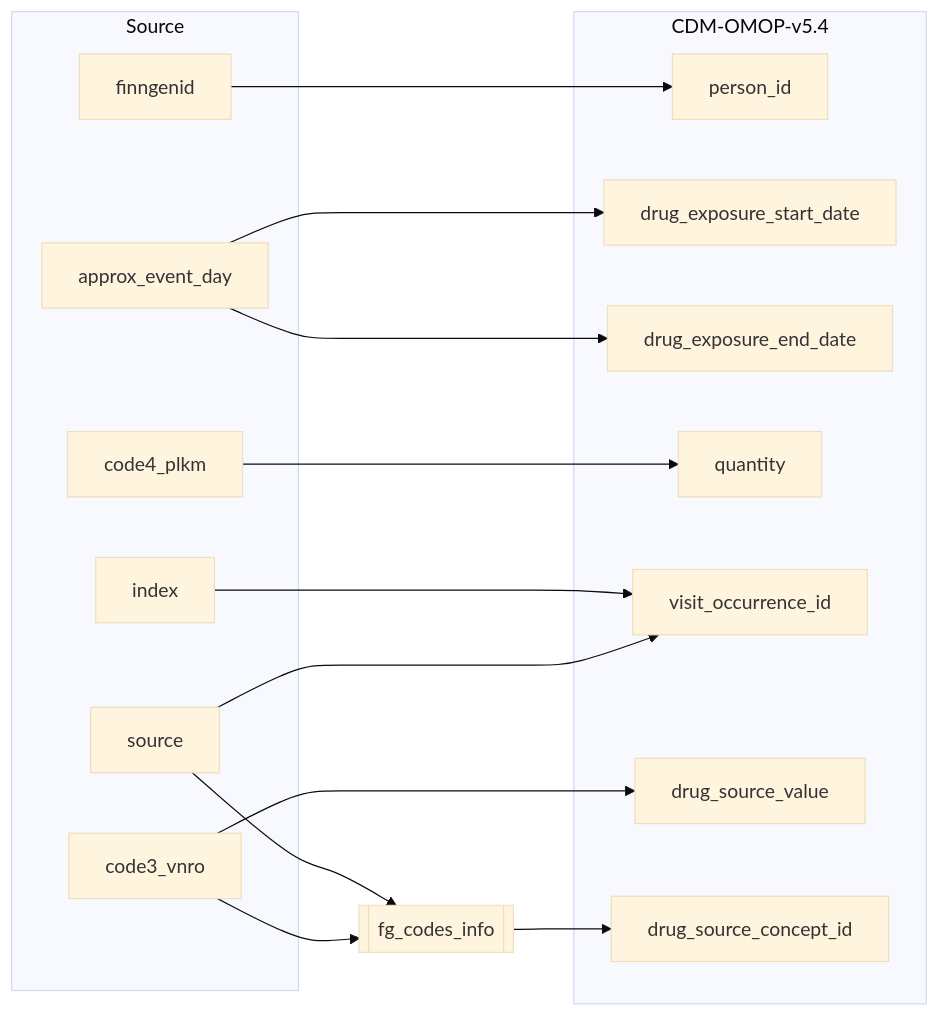
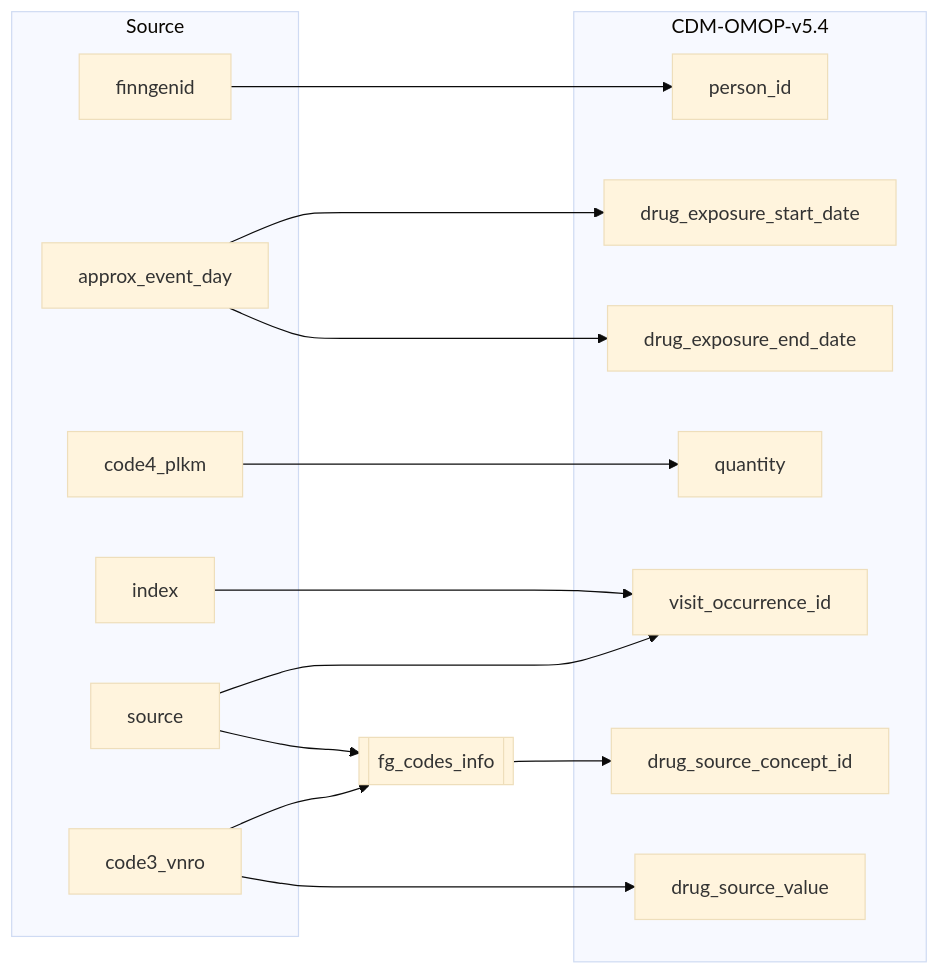
Before and after one commit to FINNGEN/ETL: the diagram in 2_etl_specifications/documentation/drug_exposure.md, drawn with Mermaid (base theme). The commit also changed other lines of this file and 10 other files, not shown here.

````diff
--- a/2_etl_specifications/documentation/drug_exposure.md
+++ b/2_etl_specifications/documentation/drug_exposure.md
@@ -5,37 +5,37 @@
 ```mermaid
 flowchart LR
     subgraph Source
         finngenid
         approx_event_day
         code3_vnro
         code4_plkm
         index
         source
     end
 
     fg_codes_info[[fg_codes_info]]
 
     subgraph CDM-OMOP-v5.4
         person_id
         drug_exposure_start_date
         drug_exposure_end_date
         quantity
         visit_occurrence_id
+        drug_source_concept_id
         drug_source_value
-        drug_source_concept_id
     end
 
     finngenid-->person_id
     approx_event_day-->drug_exposure_start_date
     approx_event_day-->drug_exposure_end_date
     code4_plkm-->quantity
     index-->visit_occurrence_id
     source-->visit_occurrence_id
+    
+    source-->fg_codes_info
+    code3_vnro-->fg_codes_info
+    
+    fg_codes_info-->drug_source_concept_id
     code3_vnro-->drug_source_value
 
-    source-->fg_codes_info
-    code3_vnro-->fg_codes_info
-
-    fg_codes_info-->drug_source_concept_id
-
 ```
````
